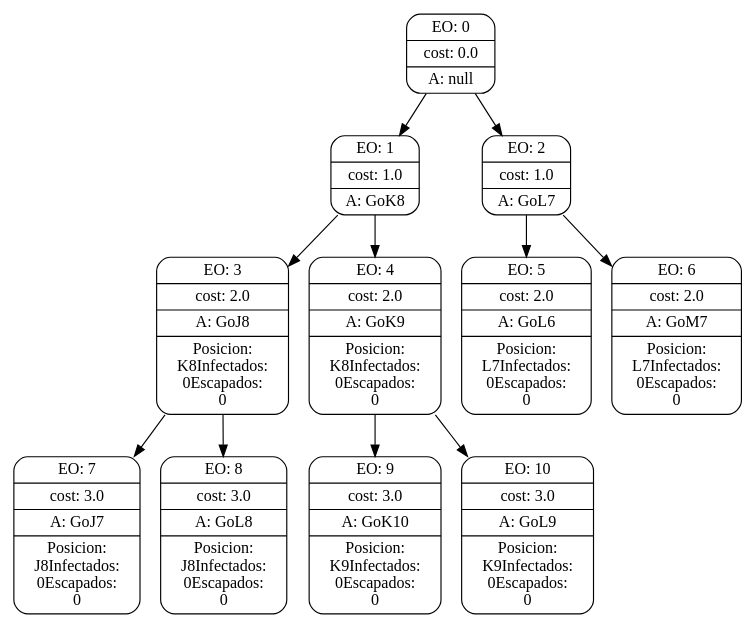
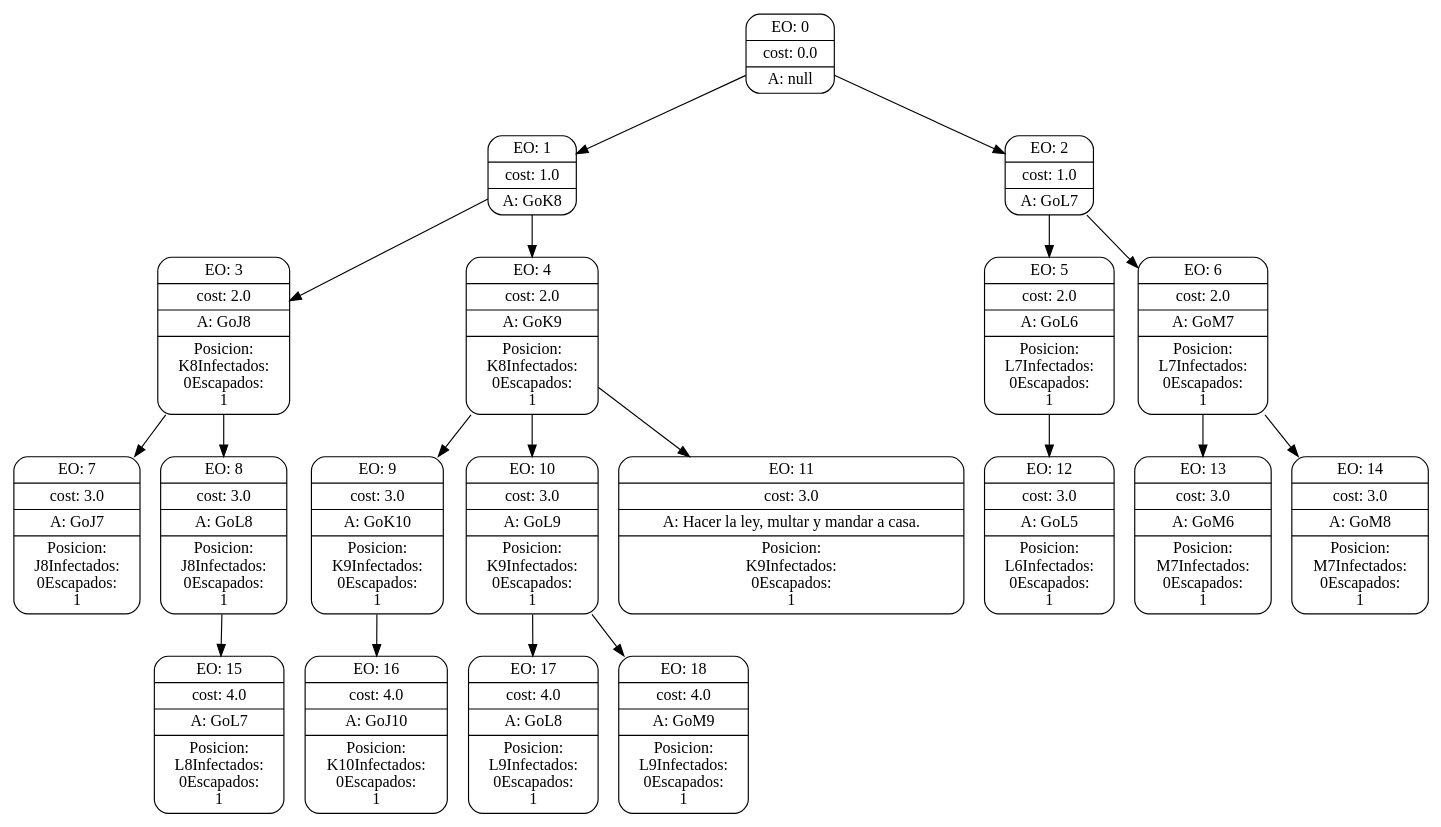
One commit to eliasbrizi/tp1IA changed the diagram in inteligenciaArtificialTP1/searchGVTrees/4.dot. Above: the diagram before and after it, drawn with Graphviz. The commit also changed 43 other files, not shown here.

```diff
--- a/inteligenciaArtificialTP1/searchGVTrees/4.dot
+++ b/inteligenciaArtificialTP1/searchGVTrees/4.dot
@@ -1,52 +1,92 @@
 digraph g {
 node [shape = Mrecord];
 nodo0[label="{EO: 0|cost: 0.0|A: null}"]
 nodo1[label="{EO: 1|cost: 1.0|A: GoK8}"]
 nodo3[label="{EO: 3|cost: 2.0|A: GoJ8|Posicion:\nK8
 Infectados:\n0
-Escapados:\n0}"]
+Escapados:\n1}"]
 nodo7[label="{EO: 7|cost: 3.0|A: GoJ7|Posicion:\nJ8
 Infectados:\n0
-Escapados:\n0}"]
+Escapados:\n1}"]
 
 nodo3 -> nodo7;
 nodo8[label="{EO: 8|cost: 3.0|A: GoL8|Posicion:\nJ8
 Infectados:\n0
-Escapados:\n0}"]
+Escapados:\n1}"]
+nodo15[label="{EO: 15|cost: 4.0|A: GoL7|Posicion:\nL8
+Infectados:\n0
+Escapados:\n1}"]
+
+nodo8 -> nodo15;
 
 nodo3 -> nodo8;
 
 nodo1 -> nodo3;
 nodo4[label="{EO: 4|cost: 2.0|A: GoK9|Posicion:\nK8
 Infectados:\n0
-Escapados:\n0}"]
+Escapados:\n1}"]
 nodo9[label="{EO: 9|cost: 3.0|A: GoK10|Posicion:\nK9
 Infectados:\n0
-Escapados:\n0}"]
+Escapados:\n1}"]
+nodo16[label="{EO: 16|cost: 4.0|A: GoJ10|Posicion:\nK10
+Infectados:\n0
+Escapados:\n1}"]
+
+nodo9 -> nodo16;
 
 nodo4 -> nodo9;
 nodo10[label="{EO: 10|cost: 3.0|A: GoL9|Posicion:\nK9
 Infectados:\n0
-Escapados:\n0}"]
+Escapados:\n1}"]
+nodo17[label="{EO: 17|cost: 4.0|A: GoL8|Posicion:\nL9
+Infectados:\n0
+Escapados:\n1}"]
+
+nodo10 -> nodo17;
+nodo18[label="{EO: 18|cost: 4.0|A: GoM9|Posicion:\nL9
+Infectados:\n0
+Escapados:\n1}"]
+
+nodo10 -> nodo18;
 
 nodo4 -> nodo10;
+nodo11[label="{EO: 11|cost: 3.0|A: Hacer la ley, multar y mandar a casa.|Posicion:\nK9
+Infectados:\n0
+Escapados:\n1}"]
+
+nodo4 -> nodo11;
 
 nodo1 -> nodo4;
 
 nodo0 -> nodo1;
 nodo2[label="{EO: 2|cost: 1.0|A: GoL7}"]
 nodo5[label="{EO: 5|cost: 2.0|A: GoL6|Posicion:\nL7
 Infectados:\n0
-Escapados:\n0}"]
+Escapados:\n1}"]
+nodo12[label="{EO: 12|cost: 3.0|A: GoL5|Posicion:\nL6
+Infectados:\n0
+Escapados:\n1}"]
+
+nodo5 -> nodo12;
 
 nodo2 -> nodo5;
 nodo6[label="{EO: 6|cost: 2.0|A: GoM7|Posicion:\nL7
 Infectados:\n0
-Escapados:\n0}"]
+Escapados:\n1}"]
+nodo13[label="{EO: 13|cost: 3.0|A: GoM6|Posicion:\nM7
+Infectados:\n0
+Escapados:\n1}"]
+
+nodo6 -> nodo13;
+nodo14[label="{EO: 14|cost: 3.0|A: GoM8|Posicion:\nM7
+Infectados:\n0
+Escapados:\n1}"]
+
+nodo6 -> nodo14;
 
 nodo2 -> nodo6;
 
 nodo0 -> nodo2;
 
 
 }
```
